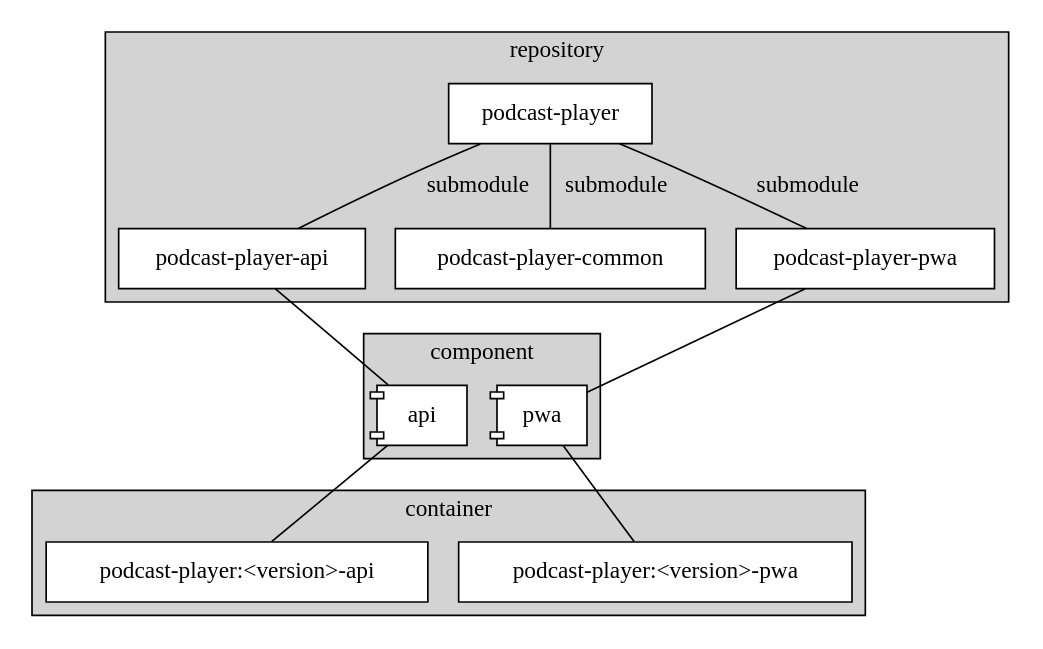
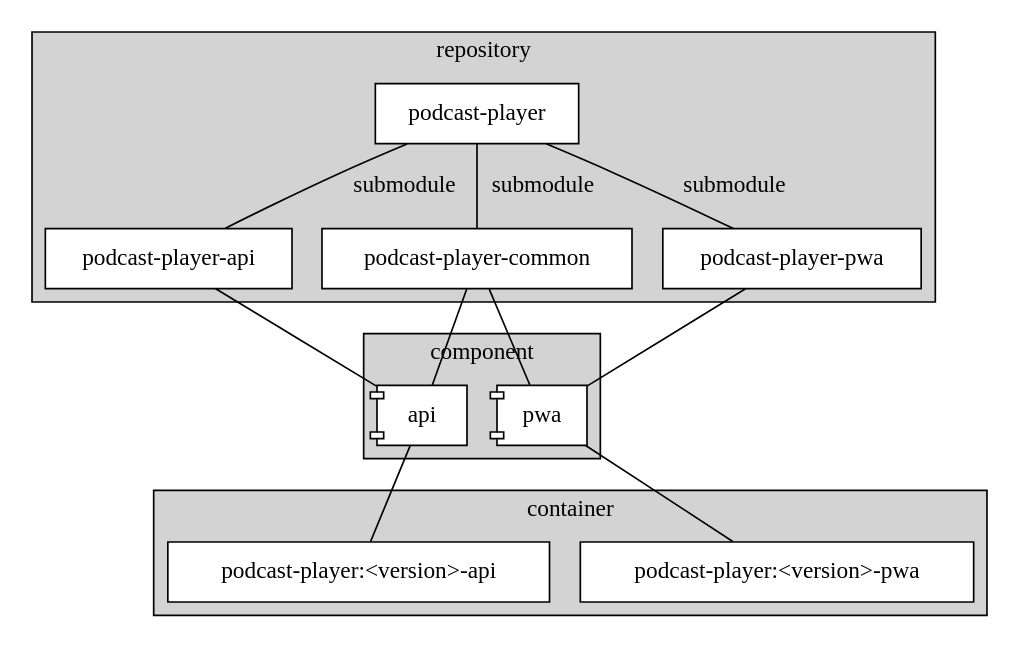
Before and after one commit to hannes-hochreiner/podcast-player: the diagram in documentation/src/components.dot, drawn with Graphviz. The commit also changed 1 other file, not shown here.

Commit message:
add connections of common component to pwa and api

```diff
--- a/documentation/src/components.dot
+++ b/documentation/src/components.dot
@@ -1,43 +1,44 @@
 graph {
   rankdir=tb;
 
   subgraph cluster_repository {
     label=repository;
     fillcolor=lightgrey;
     style=filled;
     node [style=filled, fillcolor=white, shape=box];
 
     podcast_player [label="podcast-player"];
     
     {
       rank=same;
       podcast_player_api [label="podcast-player-api"];
       podcast_player_common [label="podcast-player-common"];
       podcast_player_pwa [label="podcast-player-pwa"];
     }
   }
 
   subgraph cluster_component {
     label=component;
     rank=same;
     fillcolor=lightgrey;
     style=filled;
     node [shape=component, style=filled, fillcolor=white];
     api pwa
   }
 
   subgraph cluster_container {
     label=container;
     fillcolor=lightgrey;
     style=filled;
     node [shape=box, style=filled, fillcolor=white];
     api_cont [label="podcast-player:<version>-api"];
     pwa_cont [label="podcast-player:<version>-pwa"];
   }
 
   podcast_player -- {podcast_player_api, podcast_player_common, podcast_player_pwa} [label="submodule"];
   podcast_player_api -- api;
+  podcast_player_common -- {api,pwa};
   podcast_player_pwa -- pwa;
   pwa -- pwa_cont;
   api -- api_cont;
 }
```
